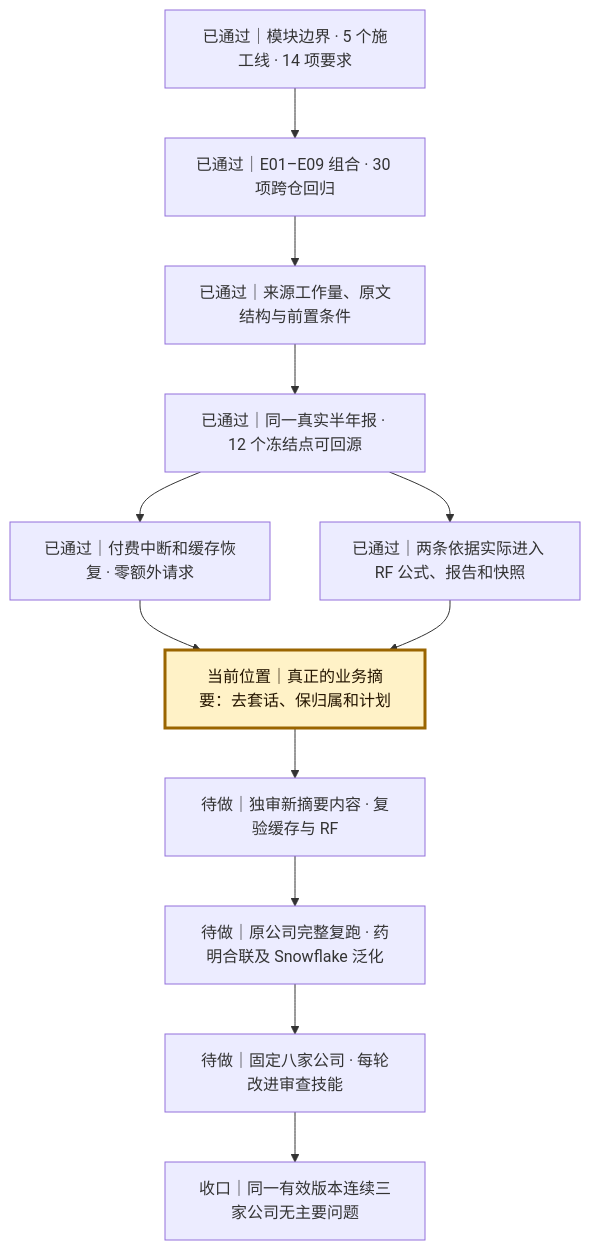
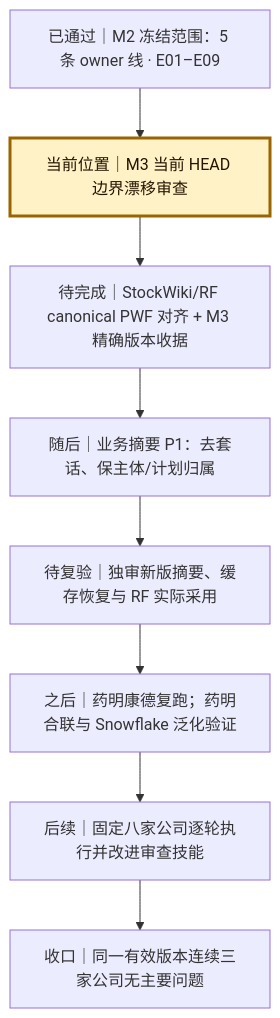
One commit to zhengcb81/company-wiki changed the diagram in docs/plans/du11-source-closure-2026-10-18/CURRENT_STATUS.md. Above: the diagram before and after it, drawn with Mermaid. The commit also changed other lines of this file and 12 other files, not shown here.

Commit message:
docs: reconcile current M3 and owner handoffs

````diff
--- a/docs/plans/du11-source-closure-2026-10-18/CURRENT_STATUS.md
+++ b/docs/plans/du11-source-closure-2026-10-18/CURRENT_STATUS.md
@@ -31,16 +33,12 @@
 ```mermaid
 flowchart TD
-  A["已通过｜模块边界 · 5 个施工线 · 14 项要求"] --> B["已通过｜E01–E09 组合 · 30 项跨仓回归"]
-  B --> C["已通过｜来源工作量、原文结构与前置条件"]
-  C --> D["已通过｜同一真实半年报 · 12 个冻结点可回源"]
-  D --> E["已通过｜付费中断和缓存恢复 · 零额外请求"]
-  D --> F["已通过｜两条依据实际进入 RF 公式、报告和快照"]
-  E --> G["当前位置｜真正的业务摘要：去套话、保归属和计划"]
-  F --> G
-  G --> H["待做｜独审新摘要内容 · 复验缓存与 RF"]
-  H --> I["待做｜原公司完整复跑 · 药明合联及 Snowflake 泛化"]
-  I --> J["待做｜固定八家公司 · 每轮改进审查技能"]
-  J --> K["收口｜同一有效版本连续三家公司无主要问题"]
+  A["已通过｜M2 冻结范围：5 条 owner 线 · E01–E09"] --> B["当前位置｜M3 当前 HEAD 边界漂移审查"]
+  B --> C["待完成｜StockWiki/RF canonical PWF 对齐 + M3 精确版本收据"]
+  C --> D["随后｜业务摘要 P1：去套话、保主体/计划归属"]
+  D --> E["待复验｜独审新版摘要、缓存恢复与 RF 实际采用"]
+  E --> F["之后｜药明康德复跑；药明合联与 Snowflake 泛化验证"]
+  F --> G["后续｜固定八家公司逐轮执行并改进审查技能"]
+  G --> H["收口｜同一有效版本连续三家公司无主要问题"]
   classDef current fill:#fff2c7,stroke:#9a6500,color:#251500,stroke-width:3px;
-  class G current;
+  class B current;
 ```
````
